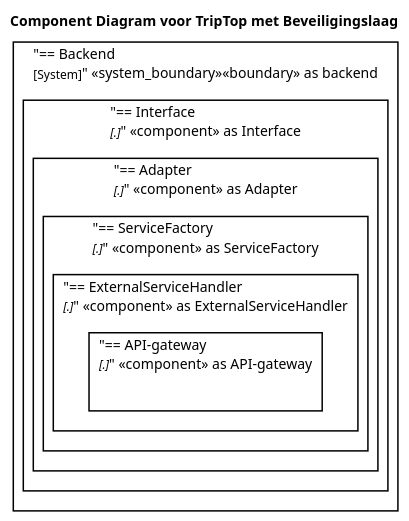
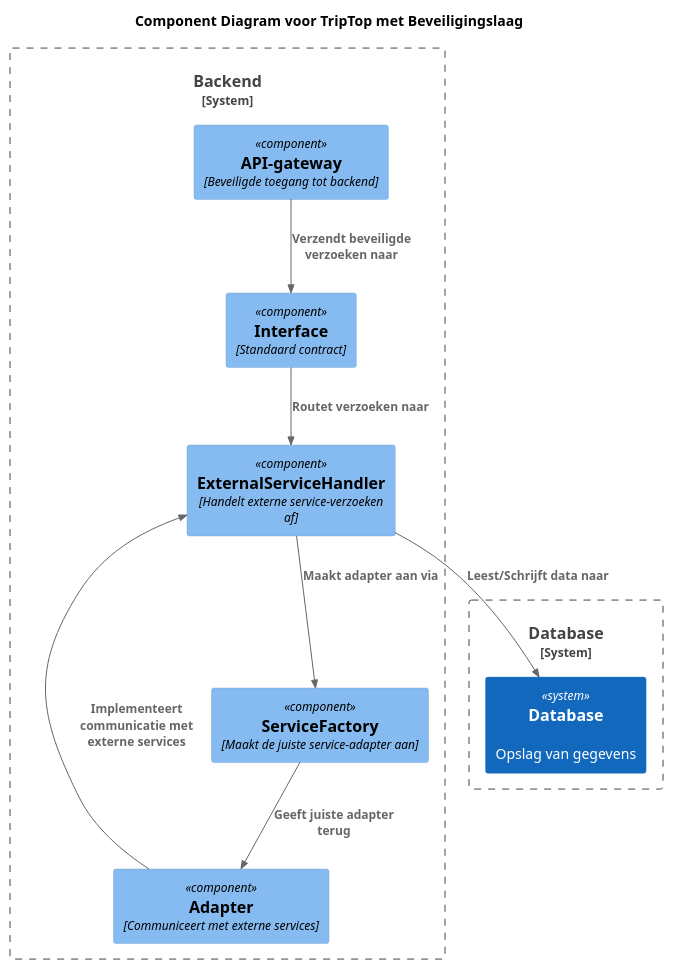
The diagram in Marijn/NEWonderzoeksvraag.md/diagrammen/ComponentdiagramNewExtSys.puml (AIM-ENE-feb25/triptop-dravende-dikdiks), drawn with PlantUML before and after one commit. The commit also changed 1 other file, not shown here.

```diff
--- a/Marijn/NEWonderzoeksvraag.md/diagrammen/ComponentdiagramNewExtSys.puml
+++ b/Marijn/NEWonderzoeksvraag.md/diagrammen/ComponentdiagramNewExtSys.puml
@@ -1,15 +1,26 @@
 @startuml
 
 !include https://raw.githubusercontent.com/plantuml-stdlib/C4-PlantUML/master/C4_Component.puml
 
 title Component Diagram voor TripTop met Beveiligingslaag
 
 System_Boundary("backend", "Backend") {
-    Component("Interface", "Interface", ".")
-    Component("Adapter", "Adapter", ".")
-    Component("ServiceFactory", "ServiceFactory", ".")
-    Component("ExternalServiceHandler", "ExternalServiceHandler", ".")
-    Component("API-gateway", "API-gateway", ".")
+    Component(interface, "Interface", "Standaard contract")
+    Component(adapter, "Adapter", "Communiceert met externe services")
+    Component(factory, "ServiceFactory", "Maakt de juiste service-adapter aan")
+    Component(handler, "ExternalServiceHandler", "Handelt externe service-verzoeken af")
+    Component(api_gateway, "API-gateway", "Beveiligde toegang tot backend")
 }
 
+System_Boundary("database", "Database") {
+    System(db, "Database", "Opslag van gegevens")
+}
+
+Rel(api_gateway, interface, "Verzendt beveiligde verzoeken naar")
+Rel(interface, handler, "Routet verzoeken naar")
+Rel(handler, factory, "Maakt adapter aan via")
+Rel(factory, adapter, "Geeft juiste adapter terug")
+Rel(handler, db, "Leest/Schrijft data naar")
+Rel(adapter, handler, "Implementeert communicatie met externe services")
+
 @enduml
```
